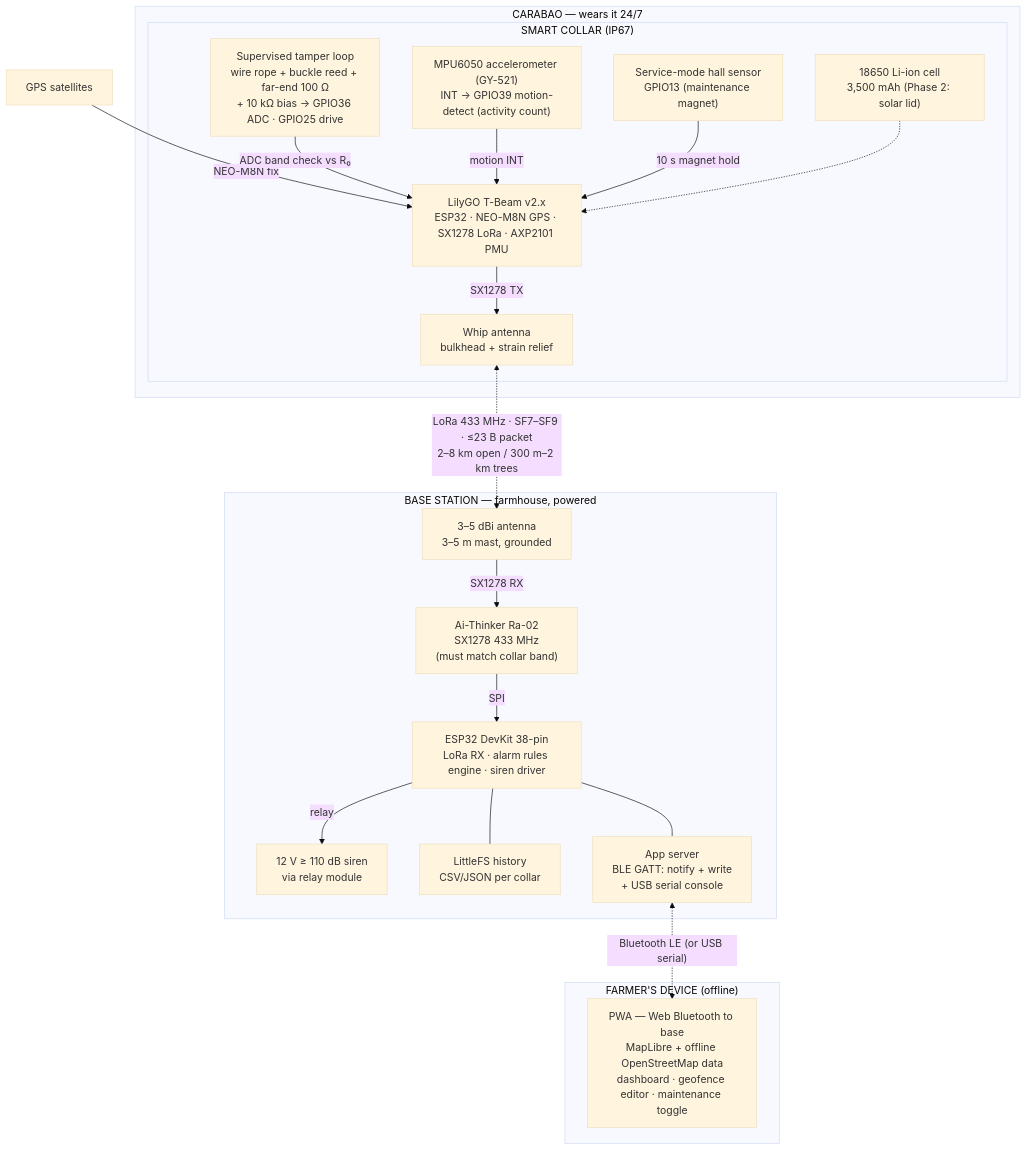
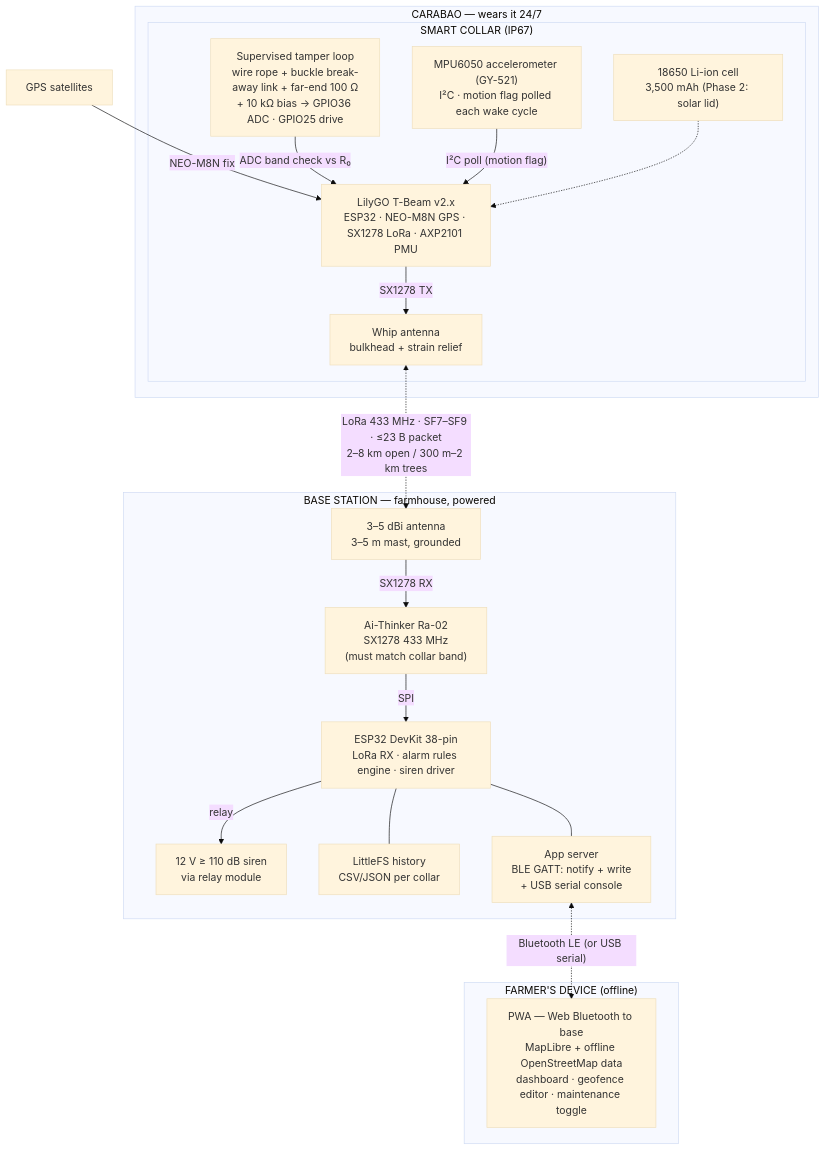
One commit to qppd/smart-collar changed the first of 2 diagrams in docs/BLOCK-DIAGRAM.md. Above: the diagram before and after it, drawn with Mermaid (base theme). The commit also changed other lines of this file and 11 other files, not shown here.

First line of the commit message:
Remove reed switches; tamper detection via loop physics, motion via polling

````diff
--- a/docs/BLOCK-DIAGRAM.md
+++ b/docs/BLOCK-DIAGRAM.md
@@ -9,42 +9,40 @@
 ```mermaid
 flowchart TB
     GPS["GPS satellites"]
 
     subgraph COW["CARABAO — wears it 24/7"]
         subgraph COLLAR["SMART COLLAR (IP67)"]
             TBEAM["LilyGO T-Beam v2.x<br/>ESP32 · NEO-M8N GPS · SX1278 LoRa · AXP2101 PMU"]
-            LOOP["Supervised tamper loop<br/>wire rope + buckle reed + far-end 100 Ω<br/>+ 10 kΩ bias → GPIO36 ADC · GPIO25 drive"]
-            ACCEL["MPU6050 accelerometer (GY-521)<br/>INT → GPIO39 motion-detect (activity count)"]
-            HALL["Service-mode hall sensor<br/>GPIO13 (maintenance magnet)"]
+            LOOP["Supervised tamper loop<br/>wire rope + buckle break-away link + far-end 100 Ω<br/>+ 10 kΩ bias → GPIO36 ADC · GPIO25 drive"]
+            ACCEL["MPU6050 accelerometer (GY-521)<br/>I²C · motion flag polled each wake cycle"]
             CELL["18650 Li-ion cell<br/>3,500 mAh (Phase 2: solar lid)"]
             WHIP["Whip antenna<br/>bulkhead + strain relief"]
         end
     end
 
     subgraph BASE["BASE STATION — farmhouse, powered"]
         DEVKIT["ESP32 DevKit 38-pin<br/>LoRa RX · alarm rules engine · siren driver"]
         RA02["Ai-Thinker Ra-02<br/>SX1278 433 MHz<br/>(must match collar band)"]
         MAST["3–5 dBi antenna<br/>3–5 m mast, grounded"]
         SIREN["12 V ≥ 110 dB siren<br/>via relay module"]
         STORE["LittleFS history<br/>CSV/JSON per collar"]
         APSRV["App server<br/>BLE GATT: notify + write<br/>+ USB serial console"]
     end
 
     subgraph FARM["FARMER'S DEVICE (offline)"]
         PWA["PWA — Web Bluetooth to base<br/>MapLibre + offline OpenStreetMap data<br/>dashboard · geofence editor · maintenance toggle"]
     end
 
     GPS -- "NEO-M8N fix" --> TBEAM
     LOOP -- "ADC band check vs R₀" --> TBEAM
-    ACCEL -- "motion INT" --> TBEAM
-    HALL -- "10 s magnet hold" --> TBEAM
+    ACCEL -- "I²C poll (motion flag)" --> TBEAM
     CELL -.-> TBEAM
     TBEAM -- "SX1278 TX" --> WHIP
     WHIP <-. "LoRa 433 MHz · SF7–SF9 · ≤23 B packet<br/>2–8 km open / 300 m–2 km trees" .-> MAST
     MAST -- "SX1278 RX" --> RA02
     RA02 -- "SPI" --> DEVKIT
     DEVKIT -- "relay" --> SIREN
     DEVKIT --- STORE
     DEVKIT --- APSRV
     APSRV <-. "Bluetooth LE (or USB serial)" .-> PWA
 ```
````
